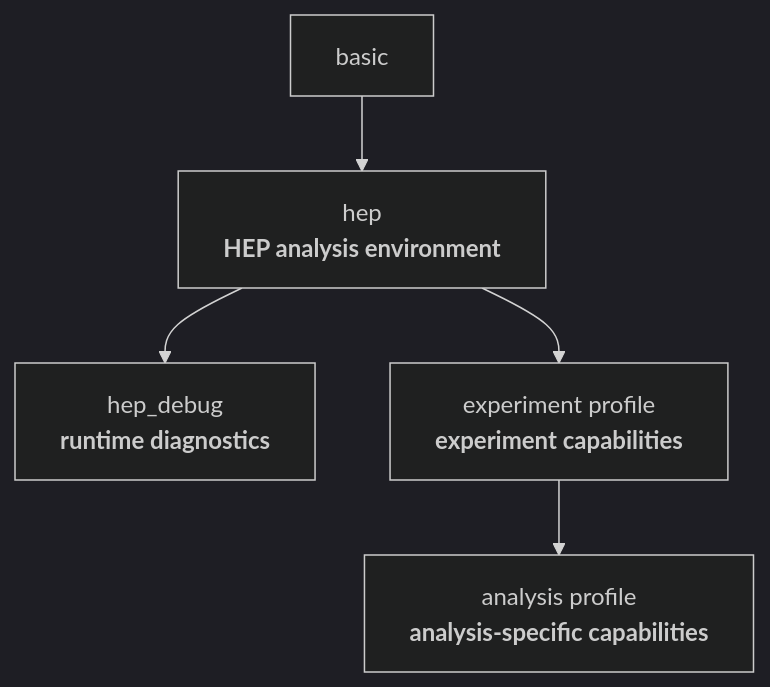
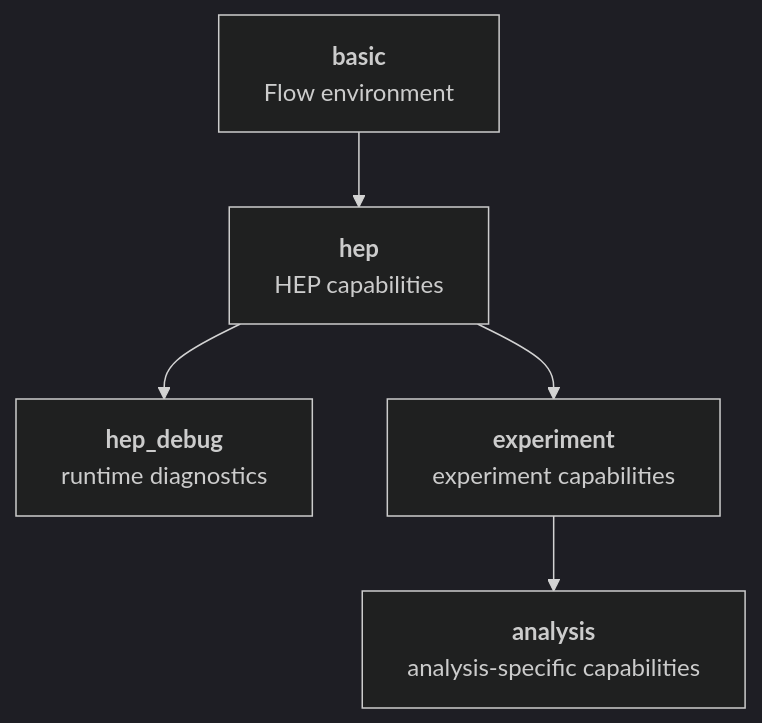
Before and after one commit to FAST-HEP/fast-hep.github.io: the third of 4 diagrams in content/concepts/profiles-and-registries.md, drawn with Mermaid (dark theme). The commit also changed other lines of this file and 6 other files, not shown here.

````diff
--- a/content/concepts/profiles-and-registries.md
+++ b/content/concepts/profiles-and-registries.md
@@ -61,13 +70,13 @@
 ```mermaid
 flowchart TD
-    Basic["basic"]
-    HEP["hep<br/><b>HEP analysis environment</b>"]
-    Debug["hep_debug<br/><b>runtime diagnostics</b>"]
-    Experiment["experiment profile<br/><b>experiment capabilities</b>"]
-    Analysis["analysis profile<br/><b>analysis-specific capabilities</b>"]
+    Basic["<b>basic</b><br/>Flow environment"]:::flow
+    HEP["<b>hep</b><br/>HEP capabilities"]:::capability
+    Debug["<b>hep_debug</b><br/>runtime diagnostics"]:::runtime
+    Experiment["<b>experiment</b><br/>experiment capabilities"]:::capability
+    Analysis["<b>analysis</b><br/>analysis-specific capabilities"]:::capability
 
     Basic --> HEP
     HEP --> Debug
     HEP --> Experiment
     Experiment --> Analysis
 ```
````
